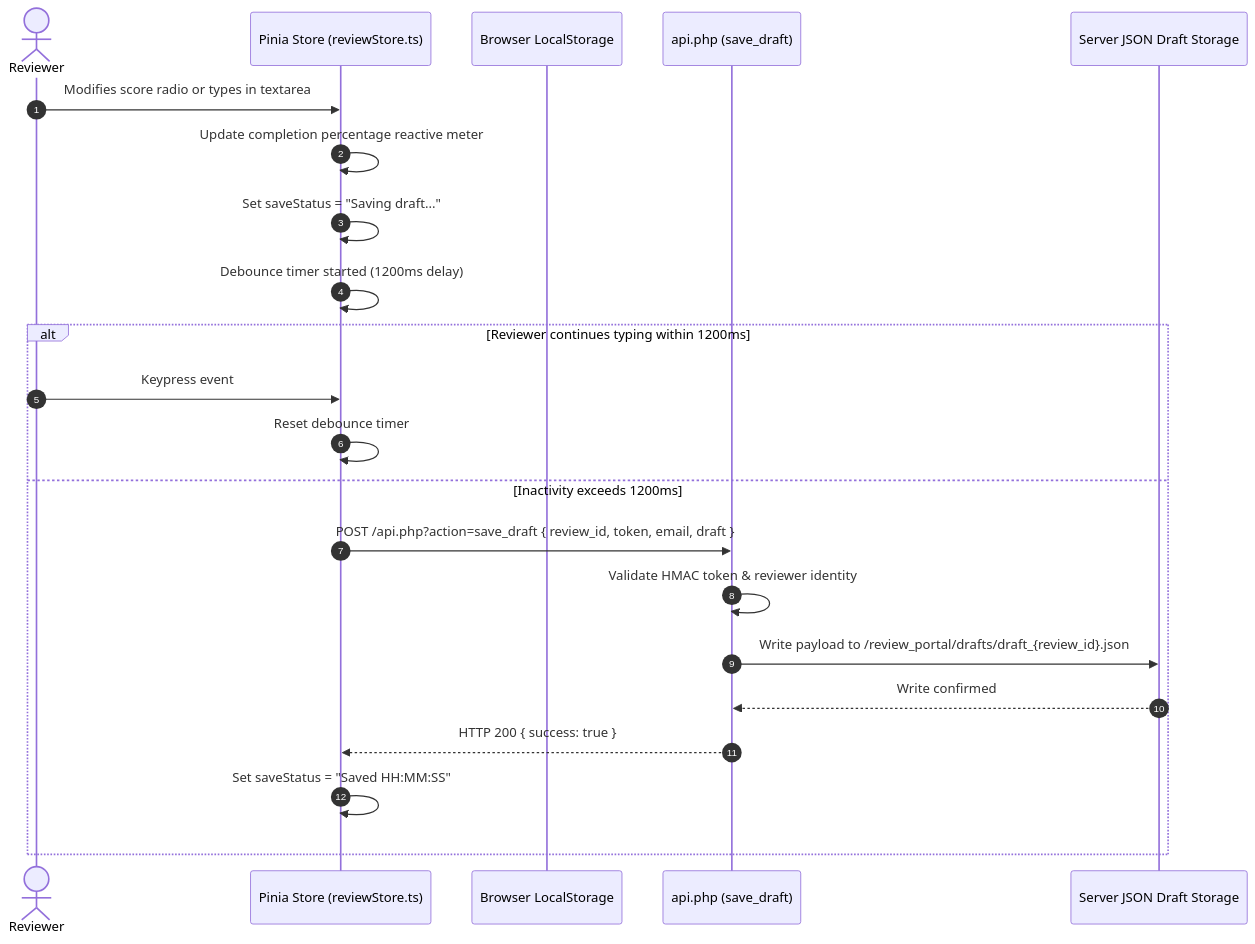
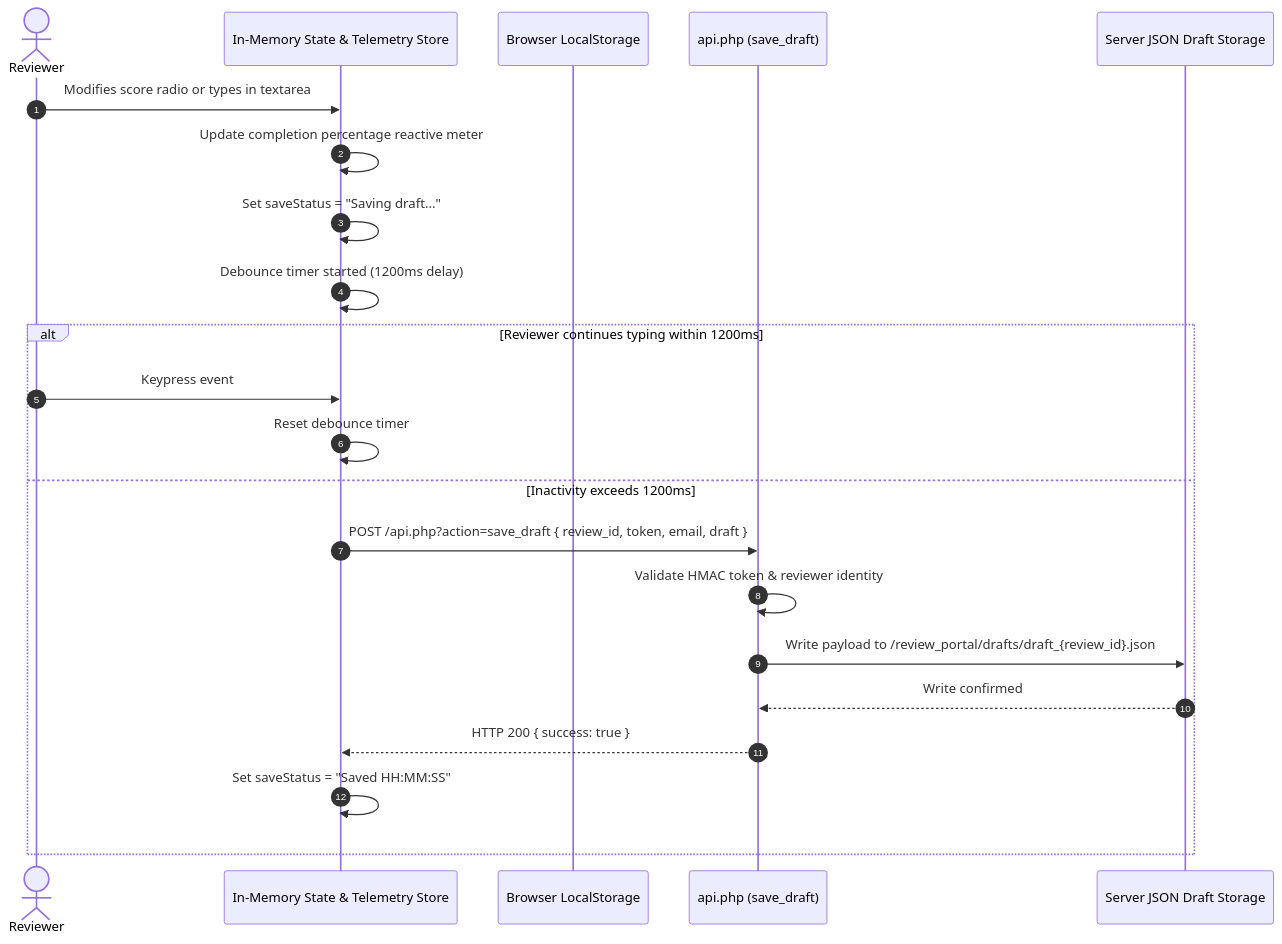
Before and after one commit to dmnuydaph-rgb/editorial-manager-review: the third of 4 diagrams in TECHNICAL_DESIGN.md, drawn with Mermaid. The commit also changed other lines of this file and 6 other files, not shown here.

````diff
--- a/TECHNICAL_DESIGN.md
+++ b/TECHNICAL_DESIGN.md
@@ -135,26 +135,26 @@
 ```mermaid
 sequenceDiagram
     autonumber
     actor Reviewer
-    participant Store as Pinia Store (reviewStore.ts)
+    participant Store as In-Memory State & Telemetry Store
     participant Local as Browser LocalStorage
     participant API as api.php (save_draft)
     participant FS as Server JSON Draft Storage
 
     Reviewer->>Store: Modifies score radio or types in textarea
     Store->>Store: Update completion percentage reactive meter
     Store->>Store: Set saveStatus = "Saving draft..."
     Store->>Store: Debounce timer started (1200ms delay)
     
     alt Reviewer continues typing within 1200ms
         Reviewer->>Store: Keypress event
         Store->>Store: Reset debounce timer
     else Inactivity exceeds 1200ms
         Store->>API: POST /api.php?action=save_draft { review_id, token, email, draft }
         API->>API: Validate HMAC token & reviewer identity
         API->>FS: Write payload to /review_portal/drafts/draft_{review_id}.json
         FS-->>API: Write confirmed
         API-->>Store: HTTP 200 { success: true }
         Store->>Store: Set saveStatus = "Saved HH:MM:SS"
     end
 ```
````
